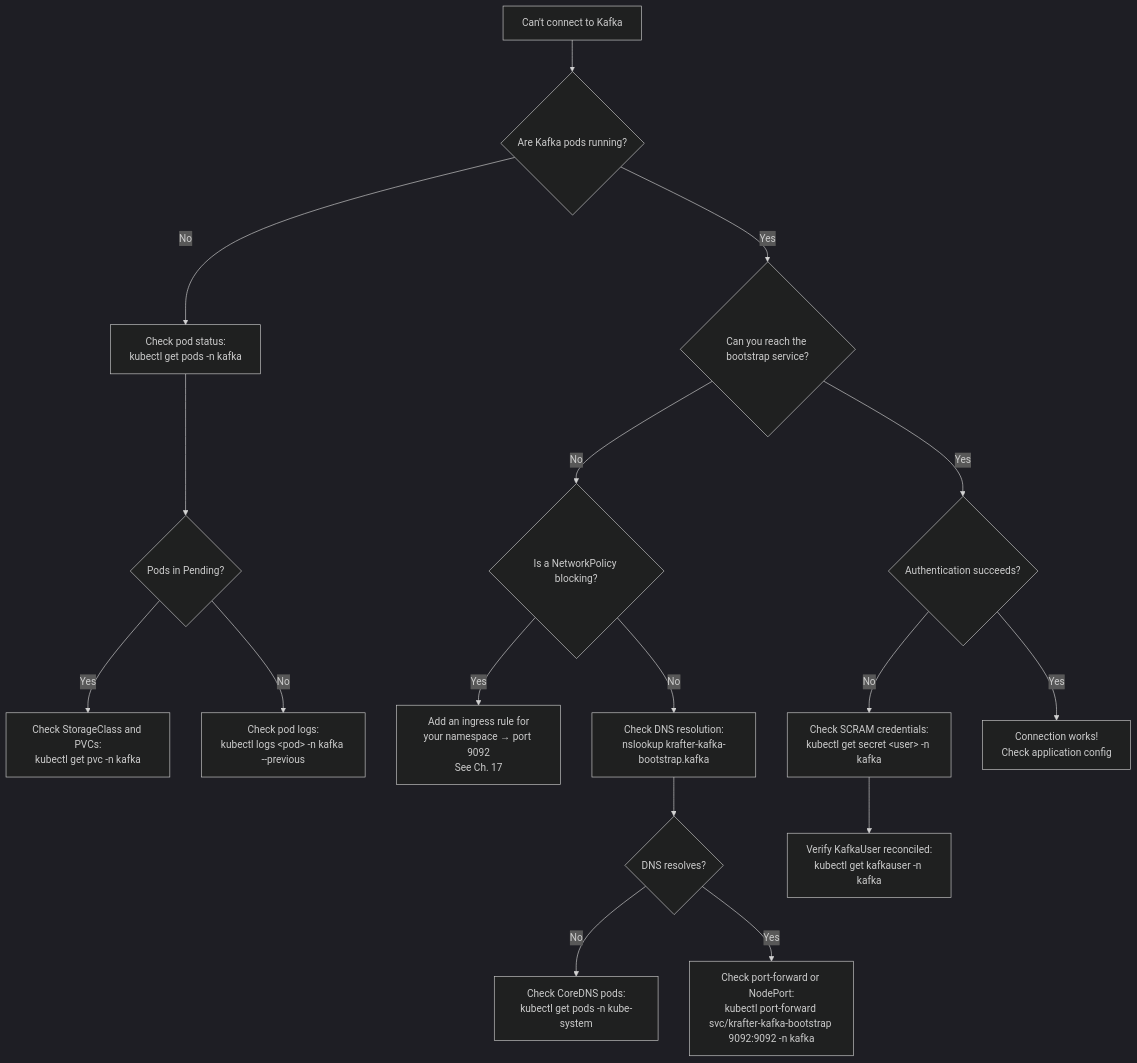
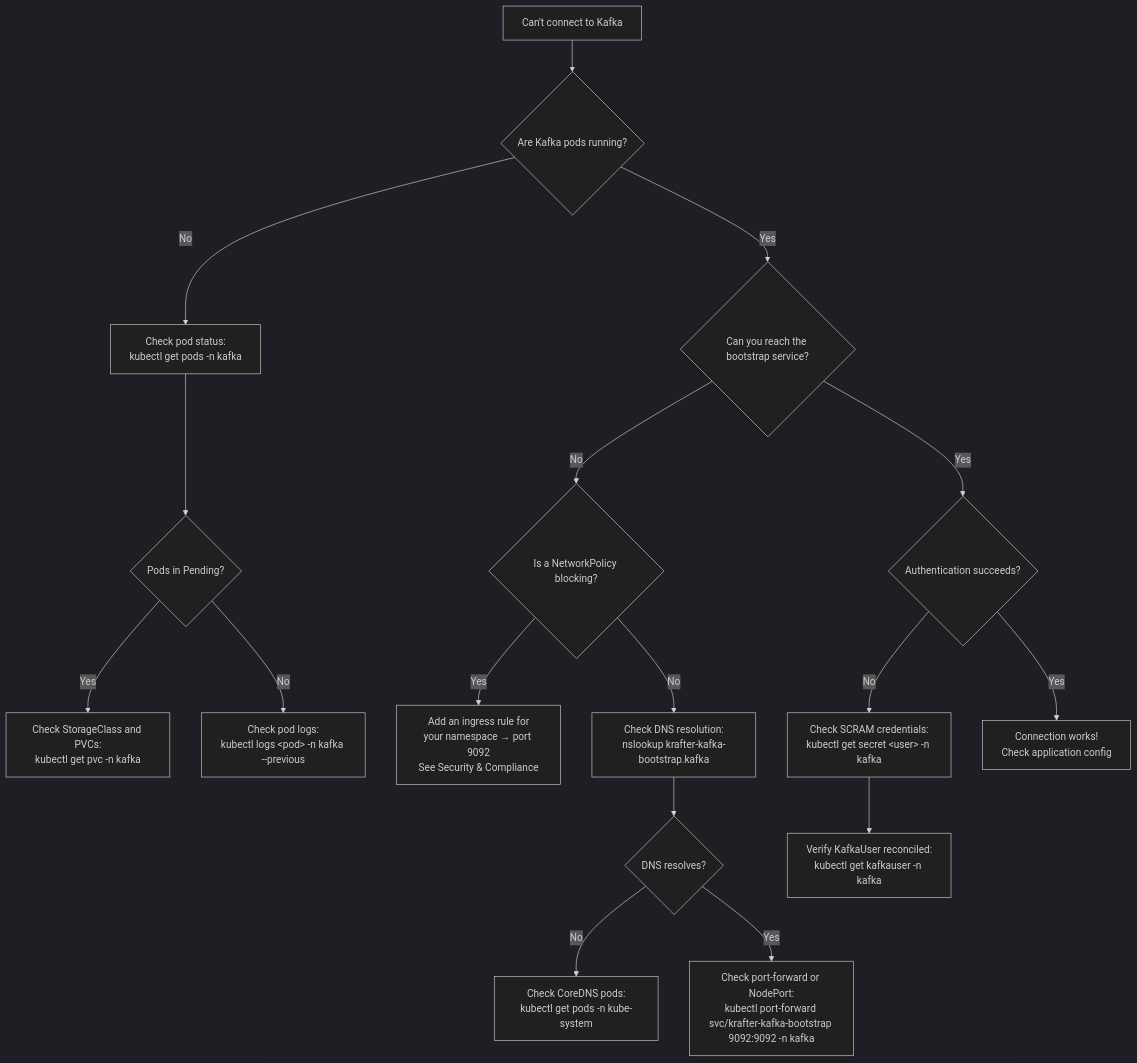
One commit to actions-marketplace-validations/bmscomp_kates changed the diagram in docs/book/appendix-b-troubleshooting.md. Above: the diagram before and after it, drawn with Mermaid (dark theme). The commit also changed other lines of this file and 39 other files, not shown here.

````diff
--- a/docs/book/appendix-b-troubleshooting.md
+++ b/docs/book/appendix-b-troubleshooting.md
@@ -75,22 +75,22 @@
 ```mermaid
 flowchart TD
     A["Can't connect to Kafka"] --> B{"Are Kafka pods running?"}
     B -->|No| B1["Check pod status:<br/>kubectl get pods -n kafka"]
     B1 --> B2{"Pods in Pending?"}
     B2 -->|Yes| B3["Check StorageClass and PVCs:<br/>kubectl get pvc -n kafka"]
     B2 -->|No| B4["Check pod logs:<br/>kubectl logs &lt;pod&gt; -n kafka --previous"]
     
     B -->|Yes| C{"Can you reach the bootstrap service?"}
     C -->|No| C1{"Is a NetworkPolicy blocking?"}
-    C1 -->|Yes| C2["Add an ingress rule for<br/>your namespace → port 9092<br/>See Ch. 17"]
+    C1 -->|Yes| C2["Add an ingress rule for<br/>your namespace → port 9092<br/>See Security & Compliance"]
     C1 -->|No| C3["Check DNS resolution:<br/>nslookup krafter-kafka-bootstrap.kafka"]
     C3 --> C4{"DNS resolves?"}
     C4 -->|No| C5["Check CoreDNS pods:<br/>kubectl get pods -n kube-system"]
     C4 -->|Yes| C6["Check port-forward or NodePort:<br/>kubectl port-forward svc/krafter-kafka-bootstrap 9092:9092 -n kafka"]
     
     C -->|Yes| D{"Authentication succeeds?"}
     D -->|No| D1["Check SCRAM credentials:<br/>kubectl get secret &lt;user&gt; -n kafka"]
     D1 --> D2["Verify KafkaUser reconciled:<br/>kubectl get kafkauser -n kafka"]
     
     D -->|Yes| E["Connection works!<br/>Check application config"]
 ```
````
